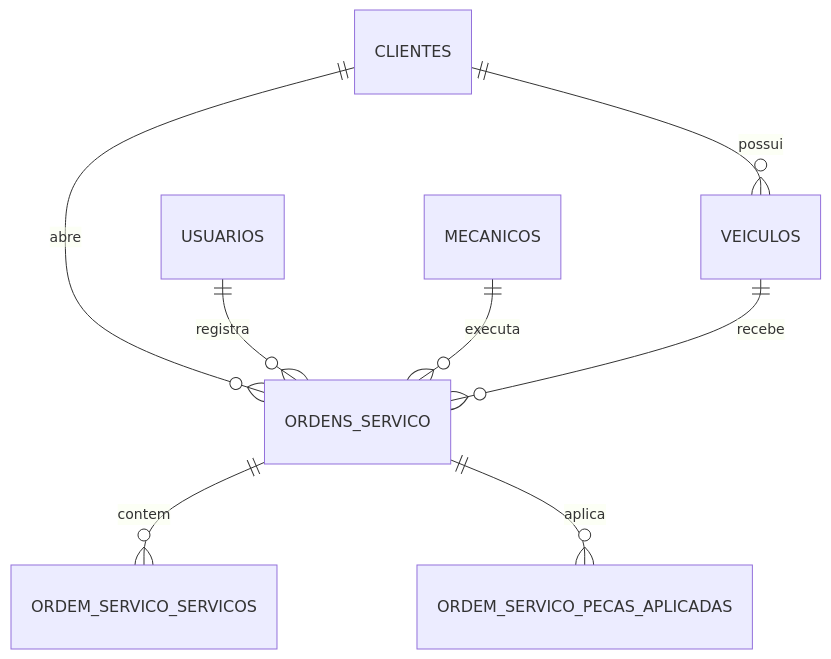
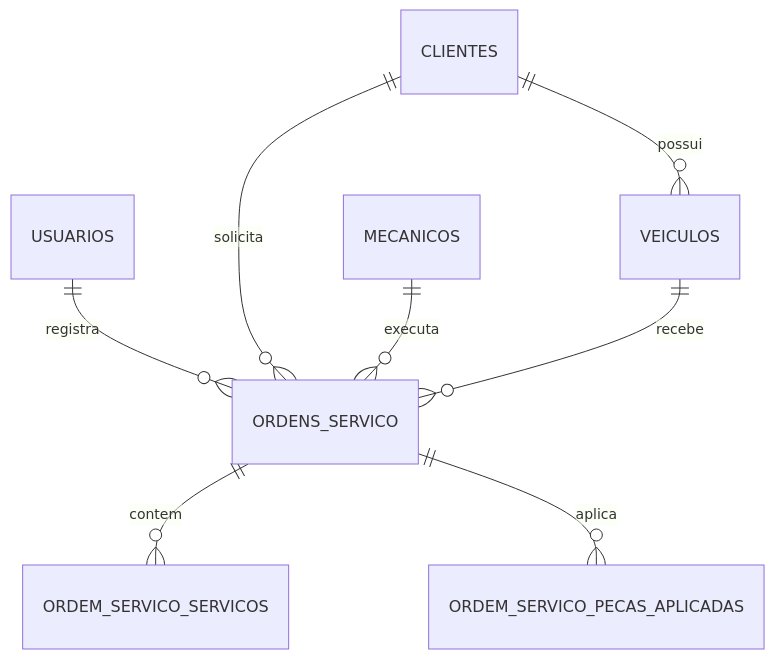
One commit to marquesclayton/ads3.n2.oficina changed the fifth of 5 diagrams in README.md. Above: the diagram before and after it, drawn with Mermaid. The commit also changed other lines of this file, not shown here.

Commit message:
docs: rewrite README for CarRepair and current architecture

````diff
--- a/README.md
+++ b/README.md
@@ -47,10 +702,10 @@
 ```mermaid
 erDiagram
+    USUARIOS ||--o{ ORDENS_SERVICO : registra
     CLIENTES ||--o{ VEICULOS : possui
-    CLIENTES ||--o{ ORDENS_SERVICO : abre
-    USUARIOS ||--o{ ORDENS_SERVICO : registra
+    CLIENTES ||--o{ ORDENS_SERVICO : solicita
     MECANICOS ||--o{ ORDENS_SERVICO : executa
     VEICULOS ||--o{ ORDENS_SERVICO : recebe
     ORDENS_SERVICO ||--o{ ORDEM_SERVICO_SERVICOS : contem
     ORDENS_SERVICO ||--o{ ORDEM_SERVICO_PECAS_APLICADAS : aplica
 ```
````
